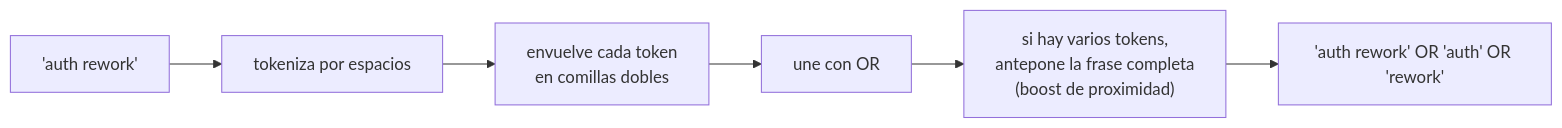
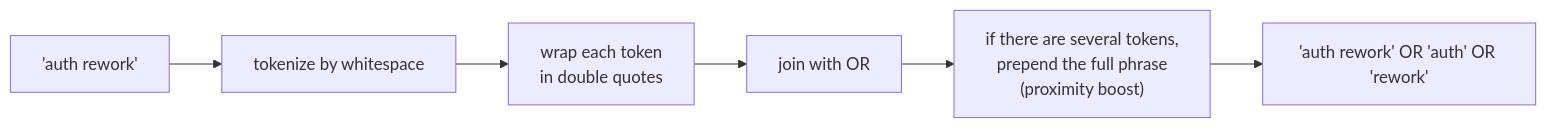
Before and after one commit to Kolimar/leina: the fourth of 4 diagrams in docs/concepts/04-memoria.md, drawn with Mermaid. The commit also changed other lines of this file and 27 other files, not shown here.

````diff
--- a/docs/concepts/04-memoria.md
+++ b/docs/concepts/04-memoria.md
@@ -158,8 +158,8 @@
 ```mermaid
 flowchart LR
-    q["'auth rework'"] --> tok["tokeniza por espacios"]
-    tok --> quote["envuelve cada token<br/>en comillas dobles"]
-    quote --> join["une con OR"]
-    join --> phrase["si hay varios tokens,<br/>antepone la frase completa<br/>(boost de proximidad)"]
+    q["'auth rework'"] --> tok["tokenize by whitespace"]
+    tok --> quote["wrap each token<br/>in double quotes"]
+    quote --> join["join with OR"]
+    join --> phrase["if there are several tokens,<br/>prepend the full phrase<br/>(proximity boost)"]
     phrase --> out["'auth rework' OR 'auth' OR 'rework'"]
 ```
````
